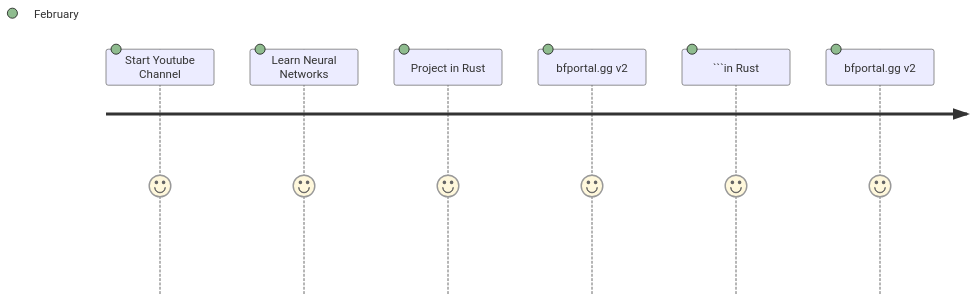
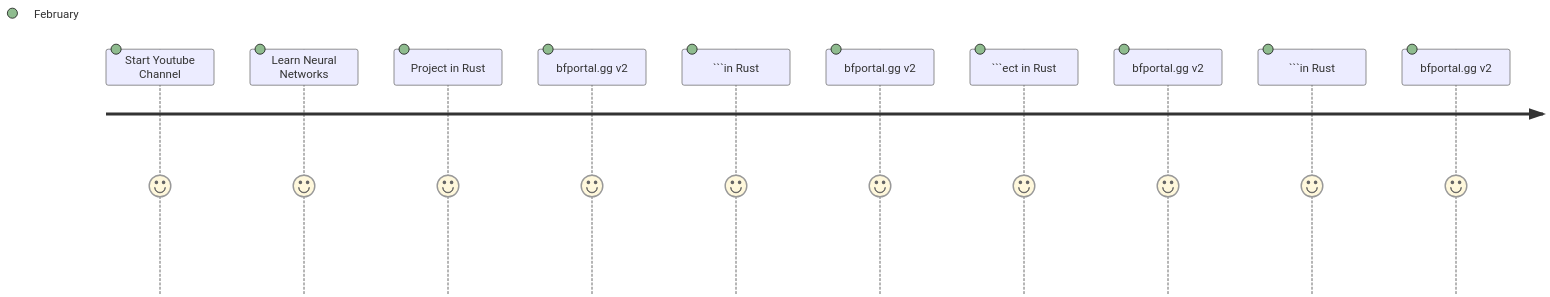
Before and after one commit to p0lygun/p0lygun: the third of 3 diagrams in README.md, drawn with Mermaid. The commit also changed other lines of this file, not shown here.

````diff
--- a/README.md
+++ b/README.md
@@ -41,9 +41,13 @@
 ```mermaid
 journey
     Start Youtube Channel:5:February
     Learn Neural Networks: 5:February 
     Project in Rust:5:February
     bfportal.gg v2:5:February  
 ```in Rust:5:February
     bfportal.gg v2:5:February  
+```ect in Rust:5:February
+    bfportal.gg v2:5:February  
+```in Rust:5:February
+    bfportal.gg v2:5:February  
 ```
````
